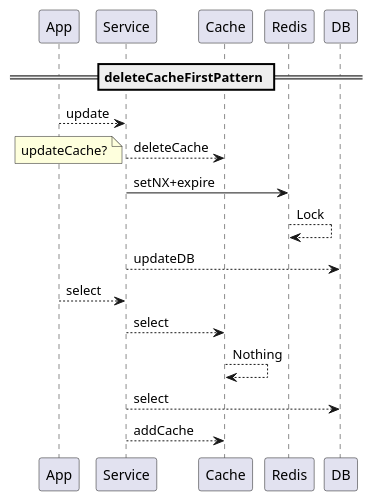
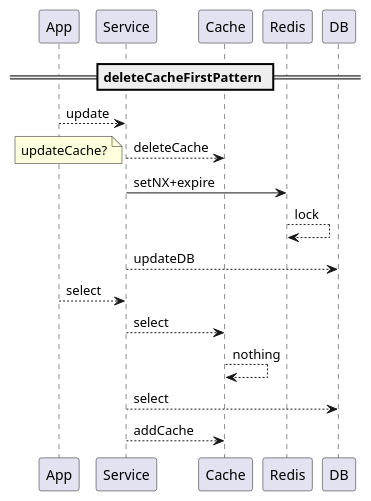
One commit to liuyngchng/com.richard.test changed the diagram in src/main/uml/dbCache.puml. Above: the diagram before and after it, drawn with PlantUML.

```diff
--- a/src/main/uml/dbCache.puml
+++ b/src/main/uml/dbCache.puml
@@ -1,15 +1,15 @@
 @startuml
 == deleteCacheFirstPattern ==
 App --> Service: update
 Service --> Cache: deleteCache
 note left: updateCache?
 Service -> Redis: setNX+expire
-Redis --> Redis: Lock
+Redis --> Redis: lock
 Service --> DB: updateDB
 App --> Service: select
 Service --> Cache: select
-Cache --> Cache: Nothing
+Cache --> Cache: nothing
 Service --> DB: select
 Service --> Cache: addCache
 
 @enduml
```
